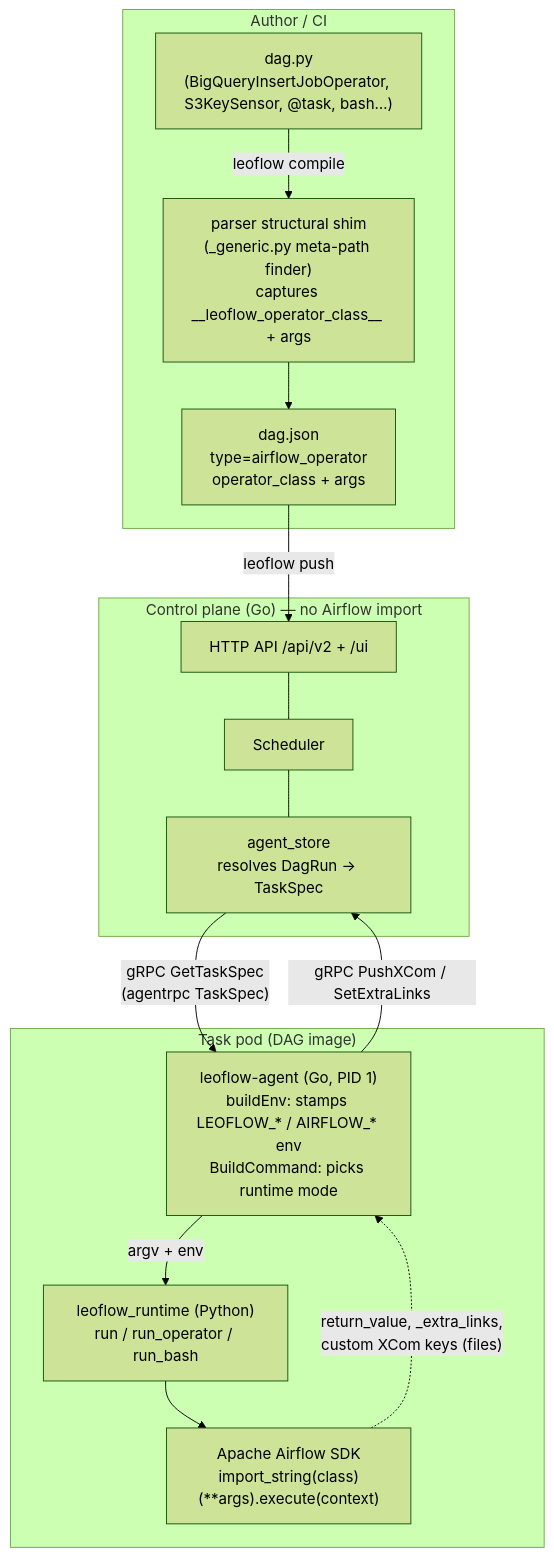
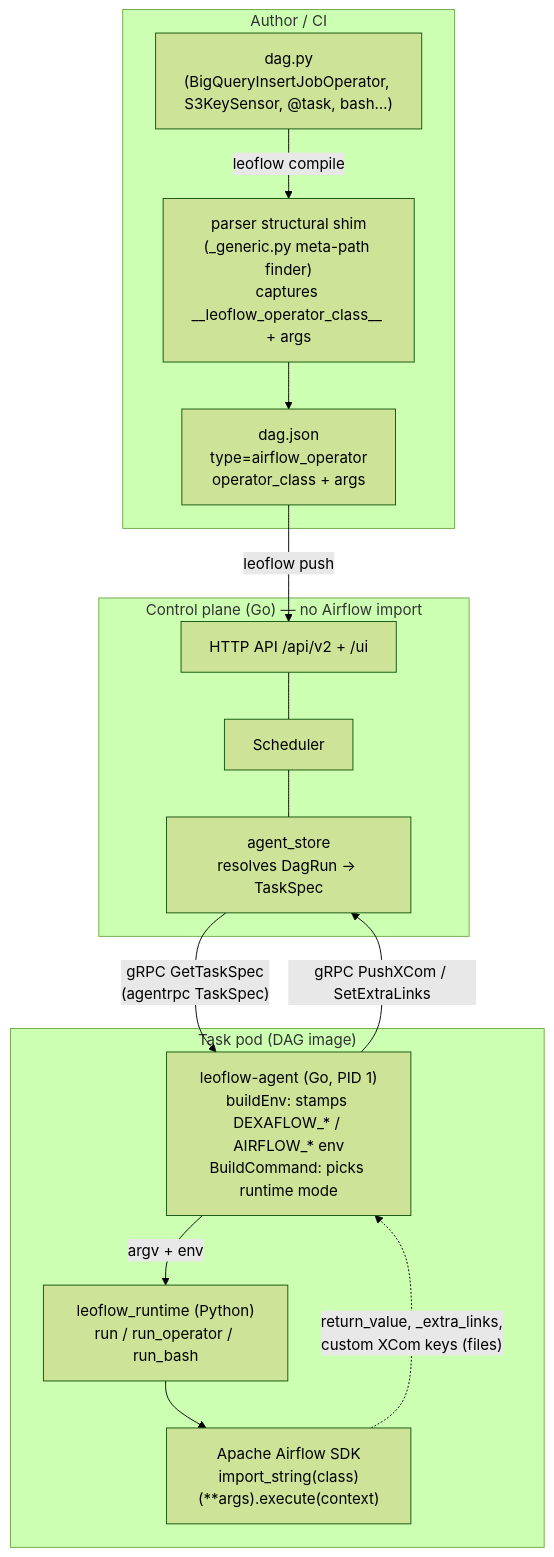
Before and after one commit to dexadata/dexaflow: the diagram in website/content/author-dags/operators-sensors.md, drawn with Mermaid (forest theme). The commit also changed other lines of this file and 181 other files, not shown here.

Commit message:
docs: document dexaflow.yaml, DEXAFLOW_ and ~/.dexaflow, and bind both env prefixes in the loaders

````diff
--- a/website/content/author-dags/operators-sensors.md
+++ b/website/content/author-dags/operators-sensors.md
@@ -39,30 +39,30 @@
 ```mermaid
 flowchart TB
   subgraph Dev["Author / CI"]
     DAG["dag.py<br/>(BigQueryInsertJobOperator, S3KeySensor, @task, bash…)"]
     SHIM["parser structural shim<br/>(_generic.py meta-path finder)<br/>captures __leoflow_operator_class__ + args"]
     DJ["dag.json<br/>type=airflow_operator<br/>operator_class + args"]
     DAG -->|leoflow compile| SHIM --> DJ
   end
 
   DJ -->|leoflow push| API
 
   subgraph CP["Control plane (Go) — no Airflow import"]
     API["HTTP API /api/v2 + /ui"]
     SCH["Scheduler"]
     STORE["agent_store<br/>resolves DagRun → TaskSpec"]
     API --- SCH --- STORE
   end
 
   STORE -->|"gRPC GetTaskSpec<br/>(agentrpc TaskSpec)"| AGENT
 
   subgraph POD["Task pod (DAG image)"]
-    AGENT["leoflow-agent (Go, PID 1)<br/>buildEnv: stamps LEOFLOW_* / AIRFLOW_* env<br/>BuildCommand: picks runtime mode"]
+    AGENT["leoflow-agent (Go, PID 1)<br/>buildEnv: stamps DEXAFLOW_* / AIRFLOW_* env<br/>BuildCommand: picks runtime mode"]
     RT["leoflow_runtime (Python)<br/>run / run_operator / run_bash"]
     SDK["Apache Airflow SDK<br/>import_string(class)(**args).execute(context)"]
     AGENT -->|"argv + env"| RT --> SDK
   end
 
   SDK -.->|"return_value, _extra_links,<br/>custom XCom keys (files)"| AGENT
   AGENT -->|"gRPC PushXCom / SetExtraLinks"| STORE
 ```
````
